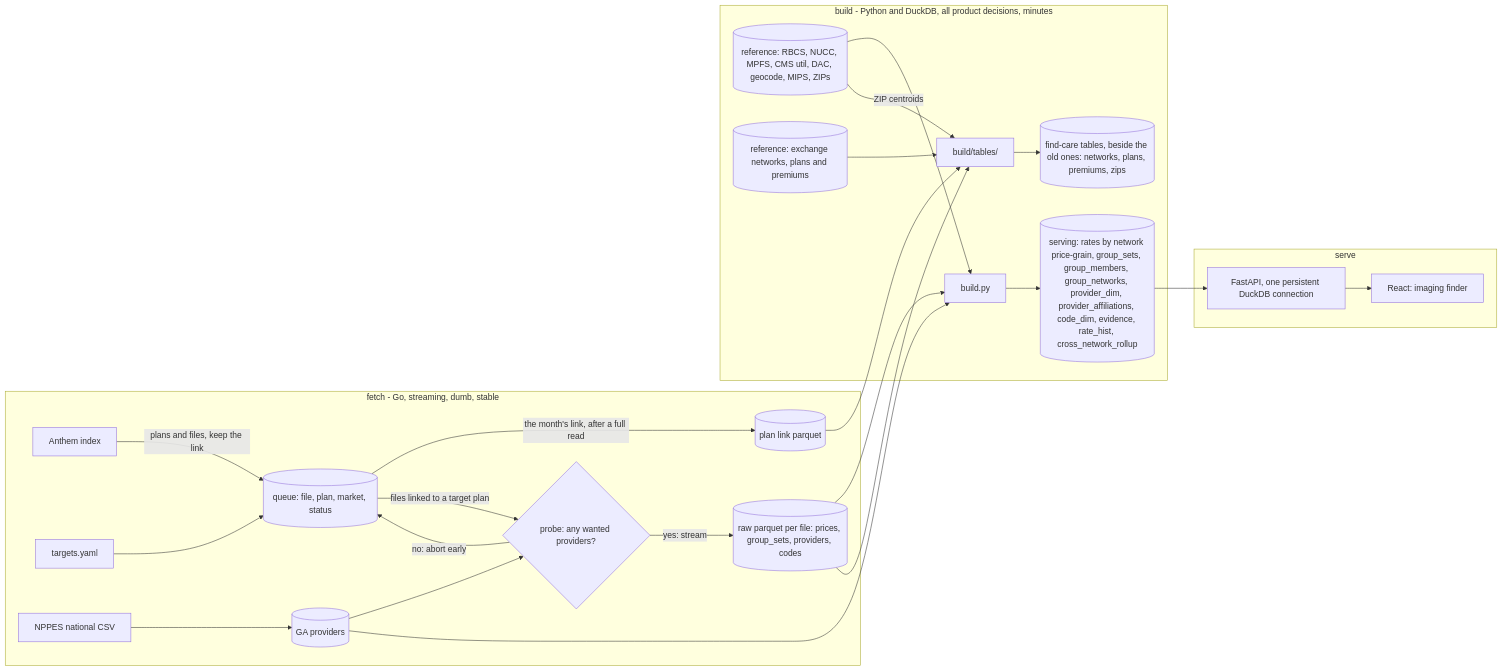
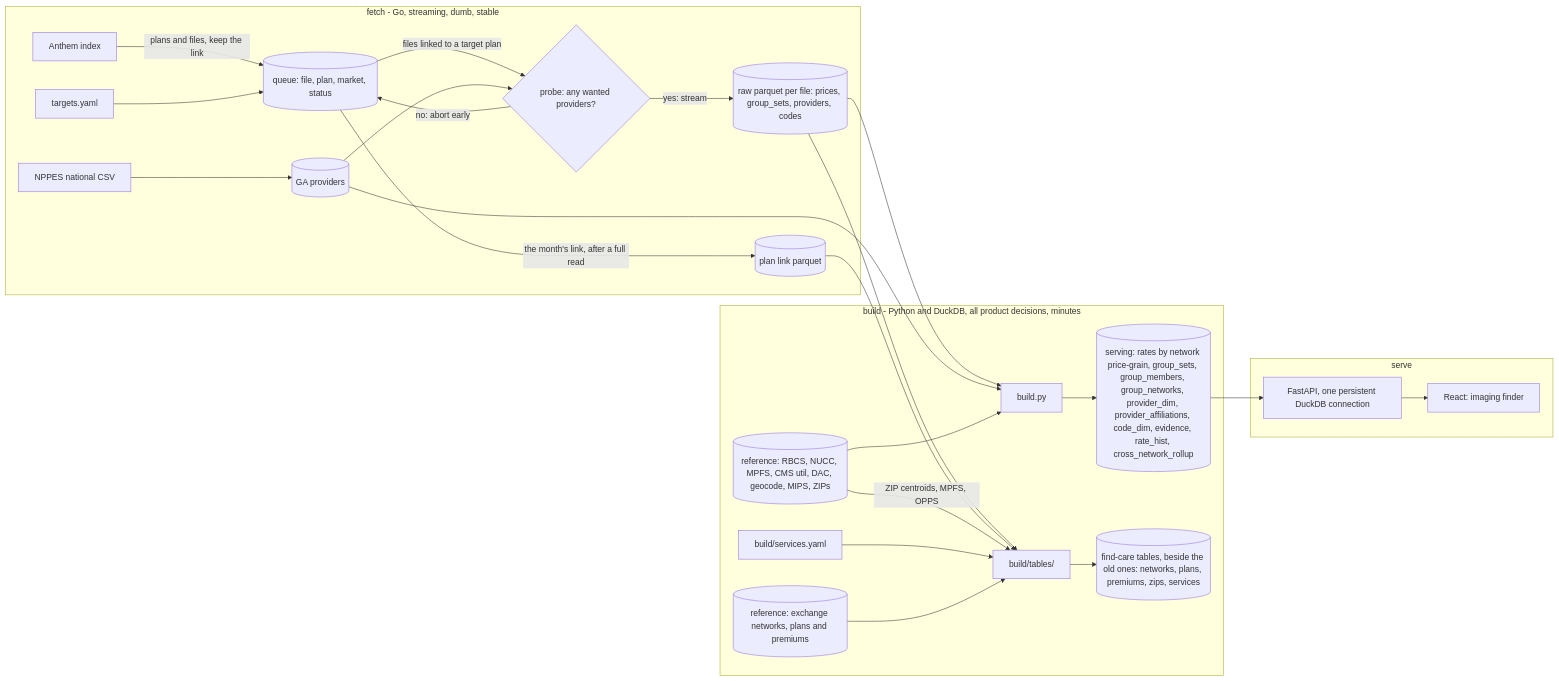
The first of 3 diagrams in docs/architecture.md (wmespi/honest-healthcare), drawn with Mermaid before and after one commit. The commit also changed 15 other files, not shown here.

First line of the commit message:
feat(build): the find-care services table, with text for all 26 scans (#135) (#157)

````diff
--- a/docs/architecture.md
+++ b/docs/architecture.md
@@ -33,28 +33,29 @@
 ```mermaid
 flowchart LR
   subgraph fetch [fetch - Go, streaming, dumb, stable]
     IDX[Anthem index] -->|"plans and files, keep the link"| Q[(queue: file, plan, market, status)]
     Q -->|"the month's link, after a full read"| LINK[(plan link parquet)]
     TGT[targets.yaml] --> Q
     Q -->|"files linked to a target plan"| PROBE{"probe: any wanted providers?"}
     PROBE -->|"no: abort early"| Q
     PROBE -->|"yes: stream"| RAW[(raw parquet per file: prices, group_sets, providers, codes)]
     NPPES[NPPES national CSV] --> GA[(GA providers)]
     GA --> PROBE
   end
   subgraph build [build - Python and DuckDB, all product decisions, minutes]
     RAW --> B[build.py]
     GA --> B
     REF[(reference: RBCS, NUCC, MPFS, CMS util, DAC, geocode, MIPS, ZIPs)] --> B
     B --> SRV[(serving: rates by network price-grain, group_sets, group_members, group_networks, provider_dim, provider_affiliations, code_dim, evidence, rate_hist, cross_network_rollup)]
     RAW --> FC["build/tables/"]
     LINK --> FC
-    REF -->|"ZIP centroids"| FC
+    REF -->|"ZIP centroids, MPFS, OPPS"| FC
+    SVC[build/services.yaml] --> FC
     XNET[(reference: exchange networks, plans and premiums)] --> FC
-    FC --> FCT[("find-care tables, beside the old ones: networks, plans, premiums, zips")]
+    FC --> FCT[("find-care tables, beside the old ones: networks, plans, premiums, zips, services")]
   end
   subgraph serve [serve]
     SRV --> API[FastAPI, one persistent DuckDB connection]
     API --> WEB[React: imaging finder]
   end
 ```
````
